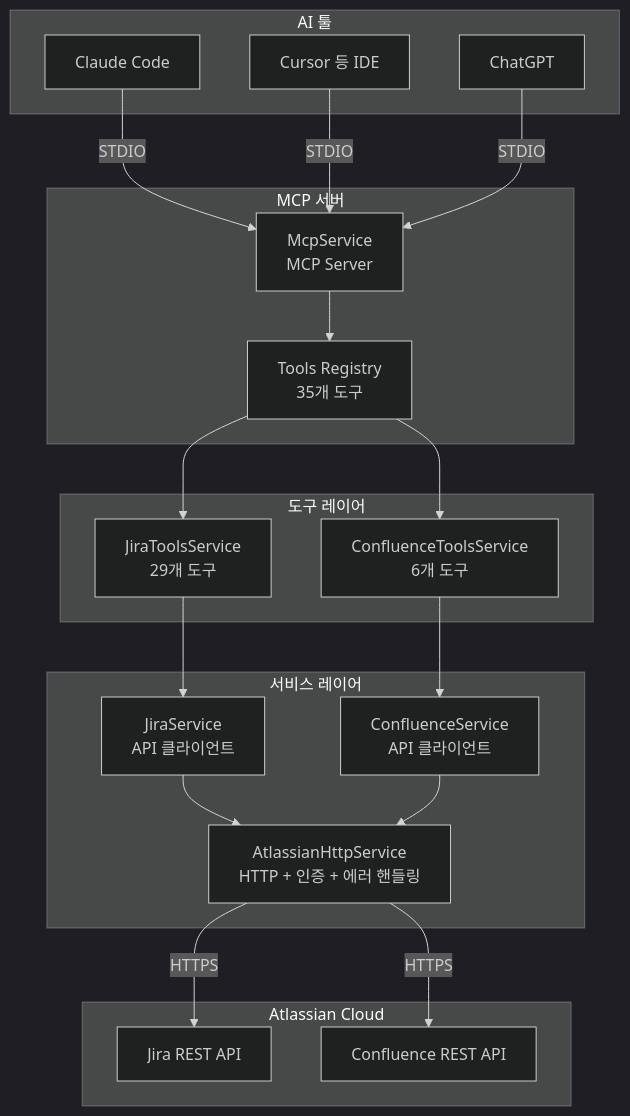
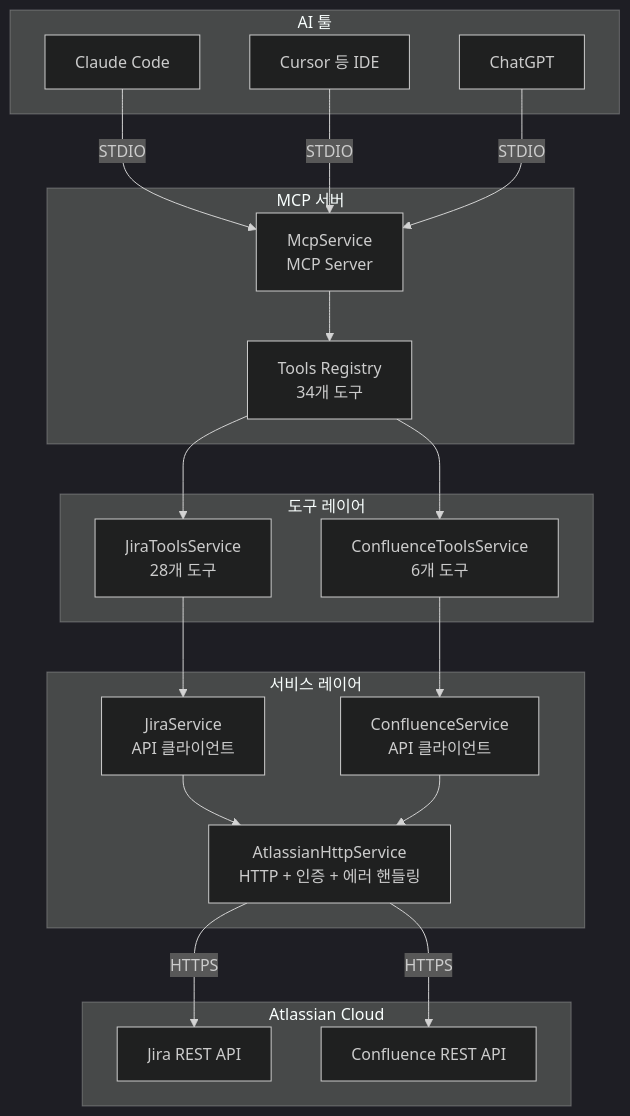
The diagram in README.md (dfassf/mcp-server-atlassian), drawn with Mermaid (dark theme) before and after one commit. The commit also changed other lines of this file, not shown here.

First line of the commit message:
docs: Jira 도구 개수 수정 (29개 → 28개)

````diff
--- a/README.md
+++ b/README.md
@@ -209,42 +209,42 @@
 ```mermaid
 graph TB
     subgraph "AI 툴"
         Claude[Claude Code]
         IDE[Cursor 등 IDE]
         ChatGPT[ChatGPT]
     end
     
     subgraph "MCP 서버"
         MCP[McpService<br/>MCP Server]
-        Tools[Tools Registry<br/>35개 도구]
+        Tools[Tools Registry<br/>34개 도구]
     end
     
     subgraph "도구 레이어"
-        JiraTools[JiraToolsService<br/>29개 도구]
+        JiraTools[JiraToolsService<br/>28개 도구]
         ConfluenceTools[ConfluenceToolsService<br/>6개 도구]
     end
     
     subgraph "서비스 레이어"
         JiraService[JiraService<br/>API 클라이언트]
         ConfluenceService[ConfluenceService<br/>API 클라이언트]
         HttpService[AtlassianHttpService<br/>HTTP + 인증 + 에러 핸들링]
     end
     
     subgraph "Atlassian Cloud"
         JiraAPI[Jira REST API]
         ConfluenceAPI[Confluence REST API]
     end
     
     Claude -->|STDIO| MCP
     IDE -->|STDIO| MCP
     ChatGPT -->|STDIO| MCP
     MCP --> Tools
     Tools --> JiraTools
     Tools --> ConfluenceTools
     JiraTools --> JiraService
     ConfluenceTools --> ConfluenceService
     JiraService --> HttpService
     ConfluenceService --> HttpService
     HttpService -->|HTTPS| JiraAPI
     HttpService -->|HTTPS| ConfluenceAPI
 ```
````
